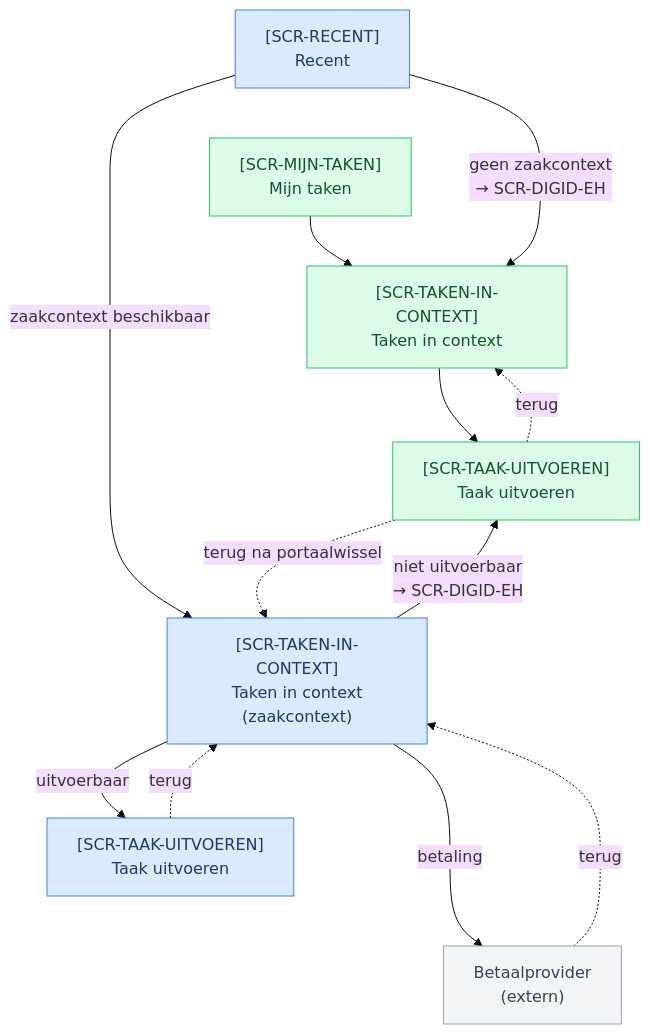
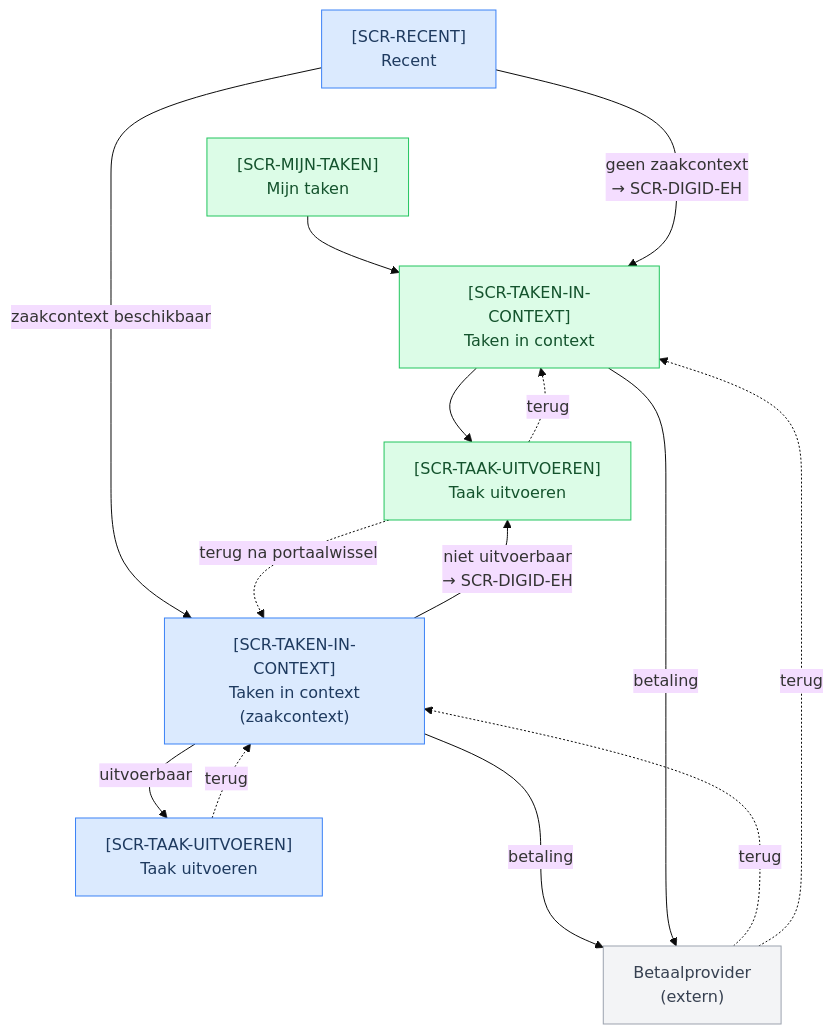
One commit to VNG-Realisatie/mijn-taken-api changed the diagram in docs/procesoverzicht.md. Above: the diagram before and after it, drawn with Mermaid (base theme). The commit also changed other lines of this file and 21 other files, not shown here.

````diff
--- a/docs/procesoverzicht.md
+++ b/docs/procesoverzicht.md
@@ -21,40 +21,42 @@
 ```mermaid
 flowchart TD
     RECENT["[SCR-RECENT]\nRecent"]
     MIJN_TAKEN["[SCR-MIJN-TAKEN]\nMijn taken"]
     TIC_A["[SCR-TAKEN-IN-CONTEXT]\nTaken in context\n(zaakcontext)"]
     TIC_B["[SCR-TAKEN-IN-CONTEXT]\nTaken in context"]
     UITVOEREN_A["[SCR-TAAK-UITVOEREN]\nTaak uitvoeren"]
     BETALING["Betaalprovider\n(extern)"]
     UITVOEREN_B["[SCR-TAAK-UITVOEREN]\nTaak uitvoeren"]
 
     %% Rij-hints: nodes op dezelfde rij plaatsen
     RECENT ~~~ MIJN_TAKEN
     TIC_A ~~~ TIC_B
     UITVOEREN_A ~~~ BETALING ~~~ UITVOEREN_B
 
     %% Portaal A
     RECENT -->|"zaakcontext beschikbaar"| TIC_A
     TIC_A -->|"uitvoerbaar"| UITVOEREN_A
     TIC_A -->|"betaling"| BETALING
     UITVOEREN_A -.->|"terug"| TIC_A
     BETALING -.->|"terug"| TIC_A
 
     %% Portaal B
     MIJN_TAKEN --> TIC_B
     TIC_B --> UITVOEREN_B
+    TIC_B -->|"betaling"| BETALING
     UITVOEREN_B -.->|"terug"| TIC_B
+    BETALING -.->|"terug"| TIC_B
 
     %% Portaalwissels
     RECENT -->|"geen zaakcontext\n→ SCR-DIGID-EH"| TIC_B
     TIC_A -->|"niet uitvoerbaar\n→ SCR-DIGID-EH"| UITVOEREN_B
     UITVOEREN_B -.->|"terug na portaalwissel"| TIC_A
 
     classDef portaalA fill:#dbeafe,stroke:#3b82f6,color:#1e3a5f
     classDef portaalB fill:#dcfce7,stroke:#22c55e,color:#14532d
     classDef extern  fill:#f3f4f6,stroke:#9ca3af,color:#374151
 
     class RECENT,TIC_A,UITVOEREN_A portaalA
     class MIJN_TAKEN,TIC_B,UITVOEREN_B portaalB
     class BETALING extern
 ```
````
